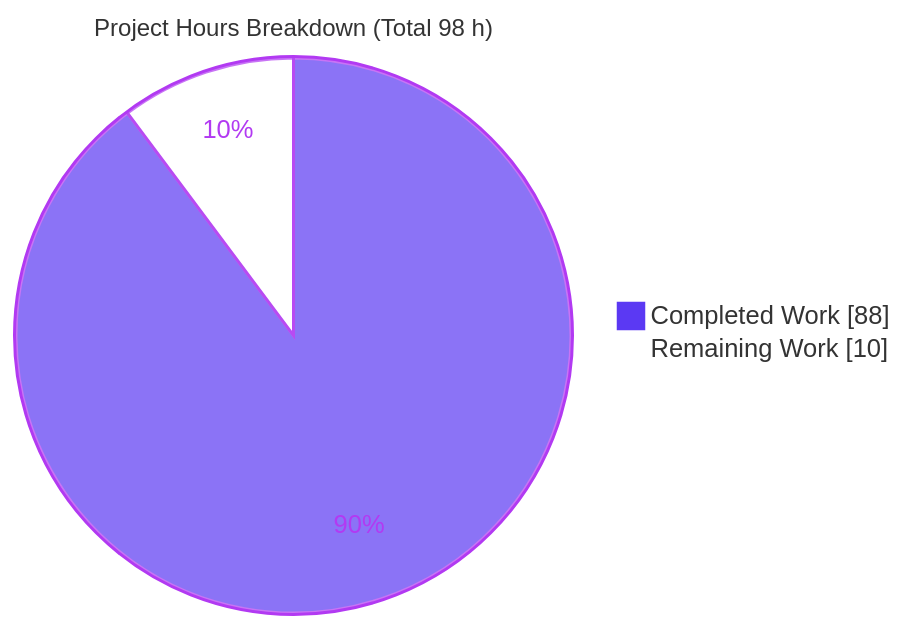
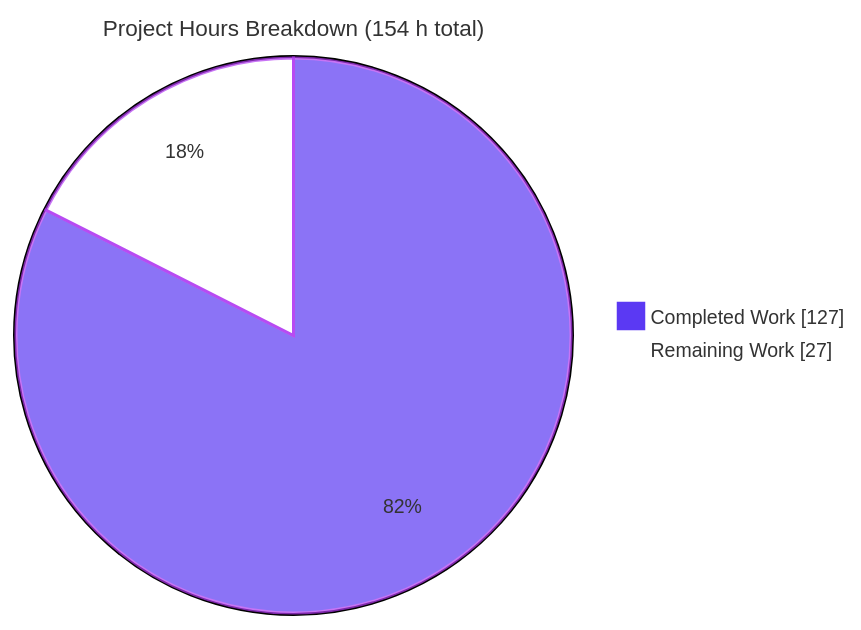
The second of 3 diagrams in blitzy/documentation/Project Guide.md (blitzy-public-samples/ardupilot-blitzy), drawn with Mermaid before and after one commit. The commit also changed other lines of this file, not shown here.

Commit message:
Adding Blitzy Project Guide: Project Status and Human Tasks Remaining

````diff
--- a/blitzy/documentation/Project Guide.md
+++ b/blitzy/documentation/Project Guide.md
@@ -189,6 +201,7 @@
 ```mermaid
-%%{init: {'theme':'base', 'themeVariables': {'pie1':'#5B39F3','pie2':'#FFFFFF','pieStrokeColor':'#B23AF2','pieStrokeWidth':'2px','pieOuterStrokeColor':'#B23AF2','pieOuterStrokeWidth':'2px','pieSectionTextColor':'#B23AF2','pieTitleTextSize':'16px'}}}%%
-pie showData title Project Hours Breakdown (Total 98 h)
-    "Completed Work" : 88
-    "Remaining Work" : 10
+%%{init: {'theme':'base', 'themeVariables':{ 'pie1':'#5B39F3', 'pie2':'#FFFFFF', 'pieStrokeColor':'#B23AF2', 'pieStrokeWidth':'2px', 'pieOuterStrokeWidth':'2px', 'pieTitleTextSize':'15px', 'pieSectionTextSize':'13px', 'pieLegendTextSize':'13px'}}}%%
+pie showData
+    title Project Hours Breakdown (154 h total)
+    "Completed Work" : 127
+    "Remaining Work" : 27
 ```
````
